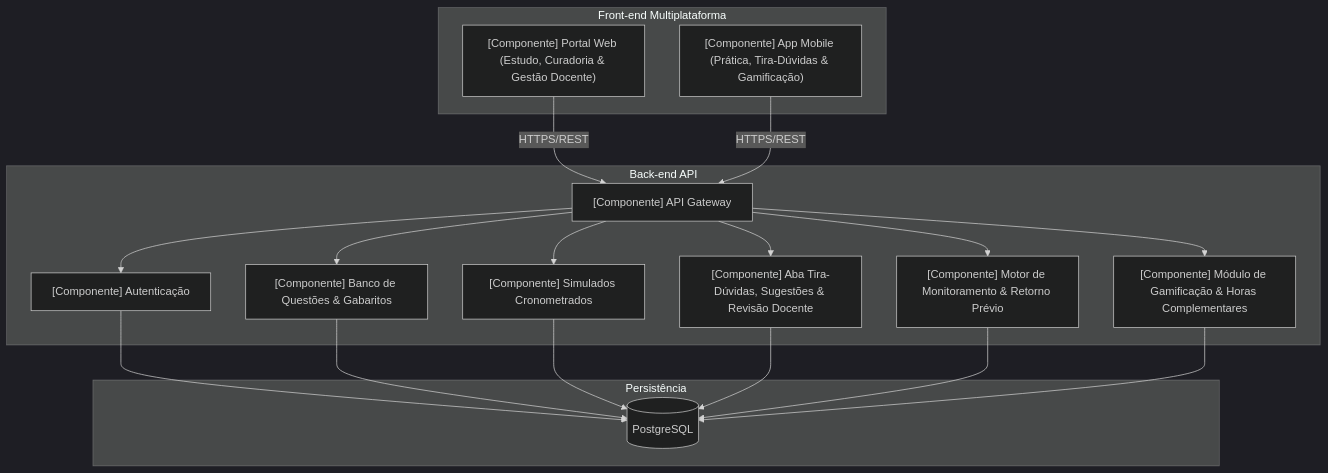
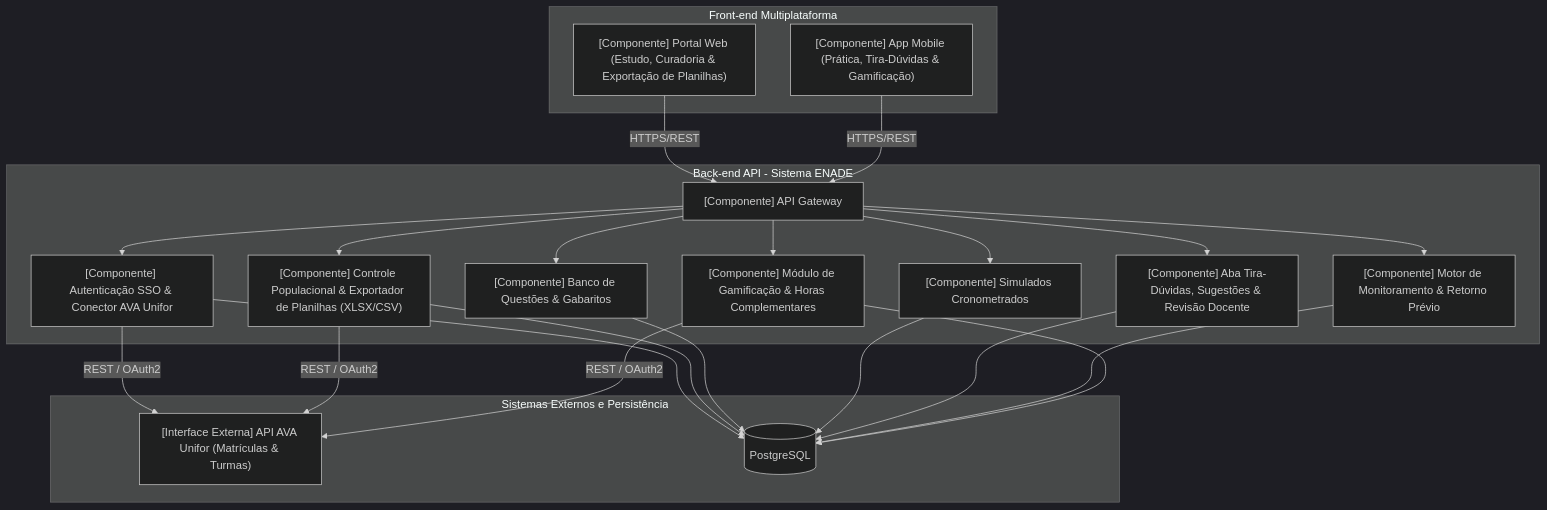
Before and after one commit to joaohgabriell/sistema-apoio-enade-unifor: the second of 3 diagrams in README.md, drawn with Mermaid (dark theme). The commit also changed other lines of this file, not shown here.

Commit message:
feat: adiciona integracao com AVA Unifor para controle populacional e exportacao de planilhas

```diff
--- a/README.md
+++ b/README.md
@@ -129,23 +140,26 @@
 ~~~mermaid
 flowchart TB
     subgraph Front-end Multiplataforma
-        Web["[Componente] Portal Web (Estudo, Curadoria & Gestão Docente)"]
+        Web["[Componente] Portal Web (Estudo, Curadoria & Exportação de Planilhas)"]
         Mob["[Componente] App Mobile (Prática, Tira-Dúvidas & Gamificação)"]
     end
-    subgraph Back-end API
+    subgraph Back-end API - Sistema ENADE
         API["[Componente] API Gateway"]
-        Auth["[Componente] Autenticação"]
+        Auth["[Componente] Autenticação SSO & Conector AVA Unifor"]
+        PopCtrl["[Componente] Controle Populacional & Exportador de Planilhas (XLSX/CSV)"]
         BancoQ["[Componente] Banco de Questões & Gabaritos"]
         Sim["[Componente] Simulados Cronometrados"]
         TiraDuvidas["[Componente] Aba Tira-Dúvidas, Sugestões & Revisão Docente"]
         Monit["[Componente] Motor de Monitoramento & Retorno Prévio"]
         Gamif["[Componente] Módulo de Gamificação & Horas Complementares"]
     end
-    subgraph Persistência
+    subgraph Sistemas Externos e Persistência
+        AVA_API["[Interface Externa] API AVA Unifor (Matrículas & Turmas)"]
         DB[("PostgreSQL")]
     end
 
     Web & Mob -->|HTTPS/REST| API
-    API --> Auth & BancoQ & Sim & TiraDuvidas & Monit & Gamif
-    Auth & BancoQ & Sim & TiraDuvidas & Monit & Gamif --> DB
+    API --> Auth & PopCtrl & BancoQ & Sim & TiraDuvidas & Monit & Gamif
+    Auth & PopCtrl & Gamif -->|REST / OAuth2| AVA_API
+    Auth & PopCtrl & BancoQ & Sim & TiraDuvidas & Monit & Gamif --> DB
 ~~~
```
